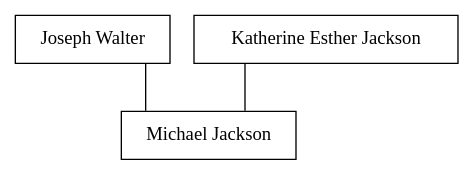
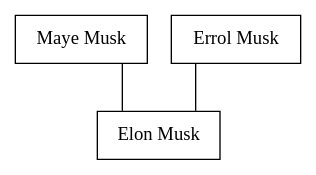
The diagram in output.dot (GlennOlsson/CSC482-FinalProj), drawn with Graphviz before and after one commit. The commit also changed 4 other files, not shown here.

```diff
--- a/output.dot
+++ b/output.dot
@@ -1,11 +1,11 @@
 
 digraph
 {
 splines = ortho;
-MichaelJacksonc679d0b475de43658faef69b80cd0d4e [shape=box, label = "Michael Jackson", color = black];
-JosephWalter6721326e1153473b97df2a1d116b847a [shape=box, label = "Joseph Walter", color = black];
-KatherineEstherJacksonfe580cd3591d4683aea2c9fe3b33faa2 [shape=box, label = "Katherine Esther Jackson", color = black];
+ElonMusk31910f36216d450fbc3003fcd4954950 [shape=box, label = "Elon Musk", color = black];
+MayeMusk5999521dd1c74d008b654ceed5f88440 [shape=box, label = "Maye Musk", color = black];
+ErrolMuskd66ab667b26240c5ae9afcc36f08d639 [shape=box, label = "Errol Musk", color = black];
 
-JosephWalter6721326e1153473b97df2a1d116b847a -> MichaelJacksonc679d0b475de43658faef69b80cd0d4e [dir=none];
-KatherineEstherJacksonfe580cd3591d4683aea2c9fe3b33faa2 -> MichaelJacksonc679d0b475de43658faef69b80cd0d4e [dir=none];
+MayeMusk5999521dd1c74d008b654ceed5f88440 -> ElonMusk31910f36216d450fbc3003fcd4954950 [dir=none];
+ErrolMuskd66ab667b26240c5ae9afcc36f08d639 -> ElonMusk31910f36216d450fbc3003fcd4954950 [dir=none];
 }
```
